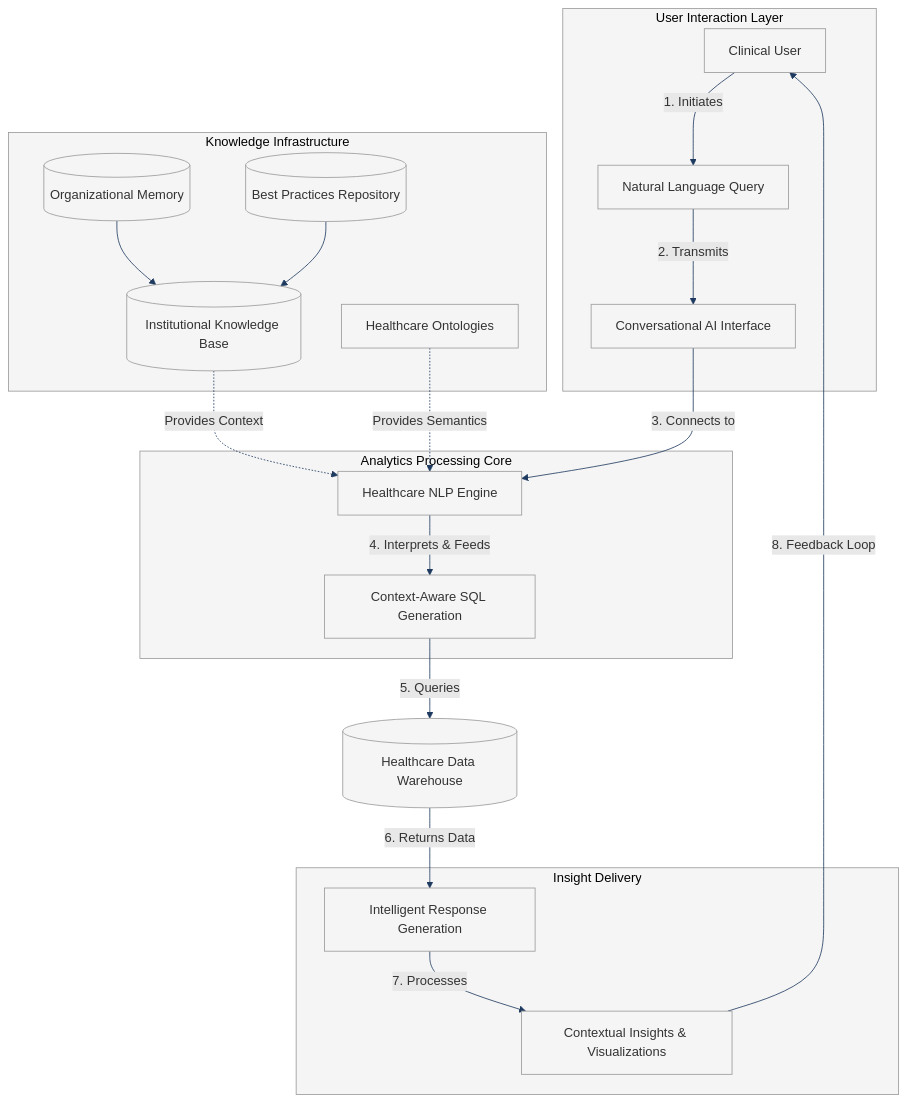
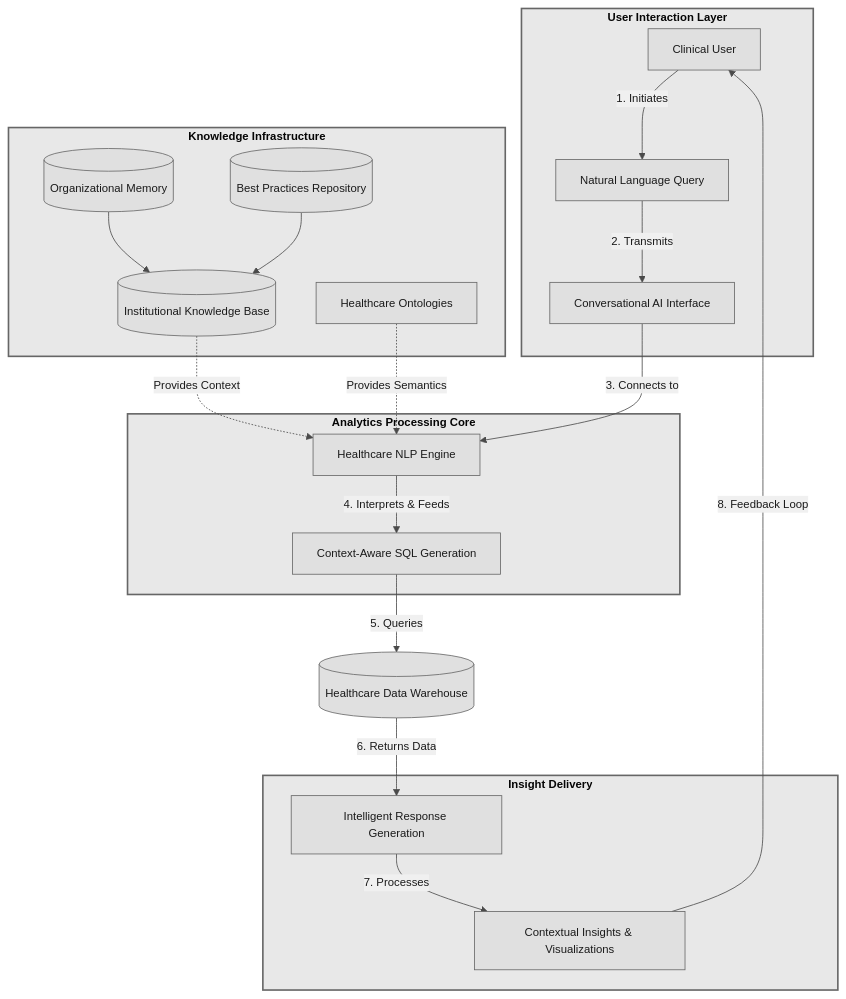
Before and after one commit to stharrold/yuimedi-paper-20250901: the diagram in figures/architecture.mmd, drawn with Mermaid. The commit also changed 10 other files, not shown here.

First line of the commit message:
style(paper): grayscale diagrams, bold labels, table formatting

```diff
--- a/figures/architecture.mmd
+++ b/figures/architecture.mmd
@@ -1,41 +1,41 @@
-%%{init: {'theme': 'base', 'flowchart': {'useMaxWidth': false, 'markdownAutoWrap': false}, 'themeVariables': { 'primaryColor': '#f5f5f5', 'primaryTextColor': '#333', 'primaryBorderColor': '#999', 'lineColor': '#1E3A5F', 'secondaryColor': '#e8e8e8', 'tertiaryColor': '#fff'}}}%%
+%%{init: {'theme': 'base', 'flowchart': {'useMaxWidth': false, 'markdownAutoWrap': false}, 'themeVariables': { 'primaryColor': '#e0e0e0', 'primaryTextColor': '#1a1a1a', 'primaryBorderColor': '#666', 'lineColor': '#4a4a4a', 'secondaryColor': '#f0f0f0', 'tertiaryColor': '#fafafa', 'fontFamily': 'Arial, sans-serif', 'fontSize': '14px'}}}%%
 flowchart TD
     %% Healthcare Analytics Architecture
     %% Clinical User queries flowing through AI processing to insights
 
-    subgraph UI["User Interaction Layer"]
+    subgraph UI["<b>User Interaction Layer</b>"]
         A["Clinical User"] -->|"1. Initiates"| B["Natural Language Query"]
         B -->|"2. Transmits"| C["Conversational AI Interface"]
     end
 
-    subgraph Knowledge["Knowledge Infrastructure"]
+    subgraph Knowledge["<b>Knowledge Infrastructure</b>"]
         D[("Organizational Memory")] --> G[("Institutional Knowledge Base")]
         E[("Best Practices Repository")] --> G
         F["Healthcare Ontologies"]
     end
 
-    subgraph Engine["Analytics Processing Core"]
+    subgraph Engine["<b>Analytics Processing Core</b>"]
         H["Healthcare NLP Engine"] -->|"4. Interprets & Feeds"| I["Context-Aware SQL Generation"]
     end
 
     J[("Healthcare Data Warehouse")]
 
-    subgraph Output["Insight Delivery"]
+    subgraph Output["<b>Insight Delivery</b>"]
         K["Intelligent Response Generation"] -->|"7. Processes"| L["Contextual Insights & Visualizations"]
     end
 
     %% Main flow
     C -->|"3. Connects to"| H
     I -->|"5. Queries"| J
     J -->|"6. Returns Data"| K
     L -->|"8. Feedback Loop"| A
 
     %% Knowledge injection (dashed)
     G -.->|"Provides Context"| H
     F -.->|"Provides Semantics"| H
 
-    %% Styling
-    style UI fill:#f5f5f5,stroke:#999
-    style Knowledge fill:#f5f5f5,stroke:#999
-    style Engine fill:#f5f5f5,stroke:#999
-    style Output fill:#f5f5f5,stroke:#999
+    %% Styling - Grayscale
+    style UI fill:#e8e8e8,stroke:#666,stroke-width:2px
+    style Knowledge fill:#e8e8e8,stroke:#666,stroke-width:2px
+    style Engine fill:#e8e8e8,stroke:#666,stroke-width:2px
+    style Output fill:#e8e8e8,stroke:#666,stroke-width:2px
```
